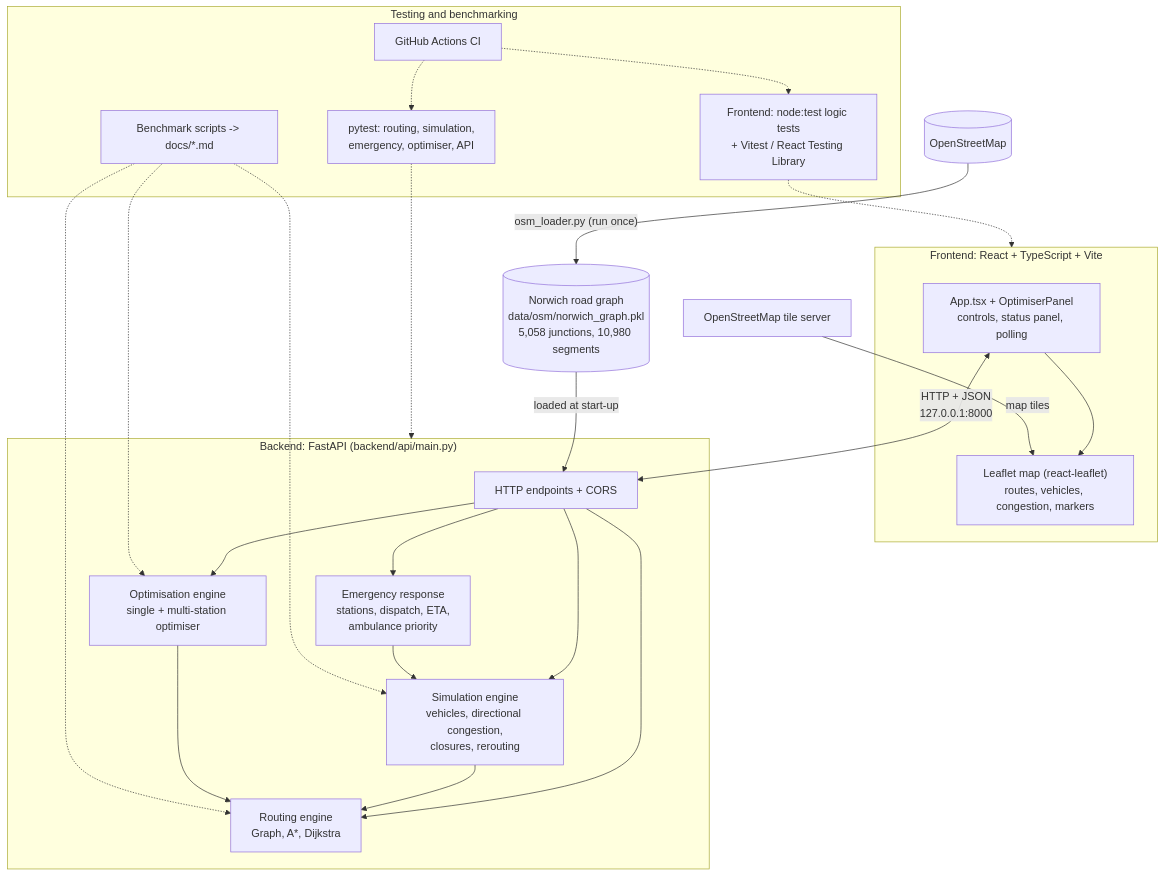
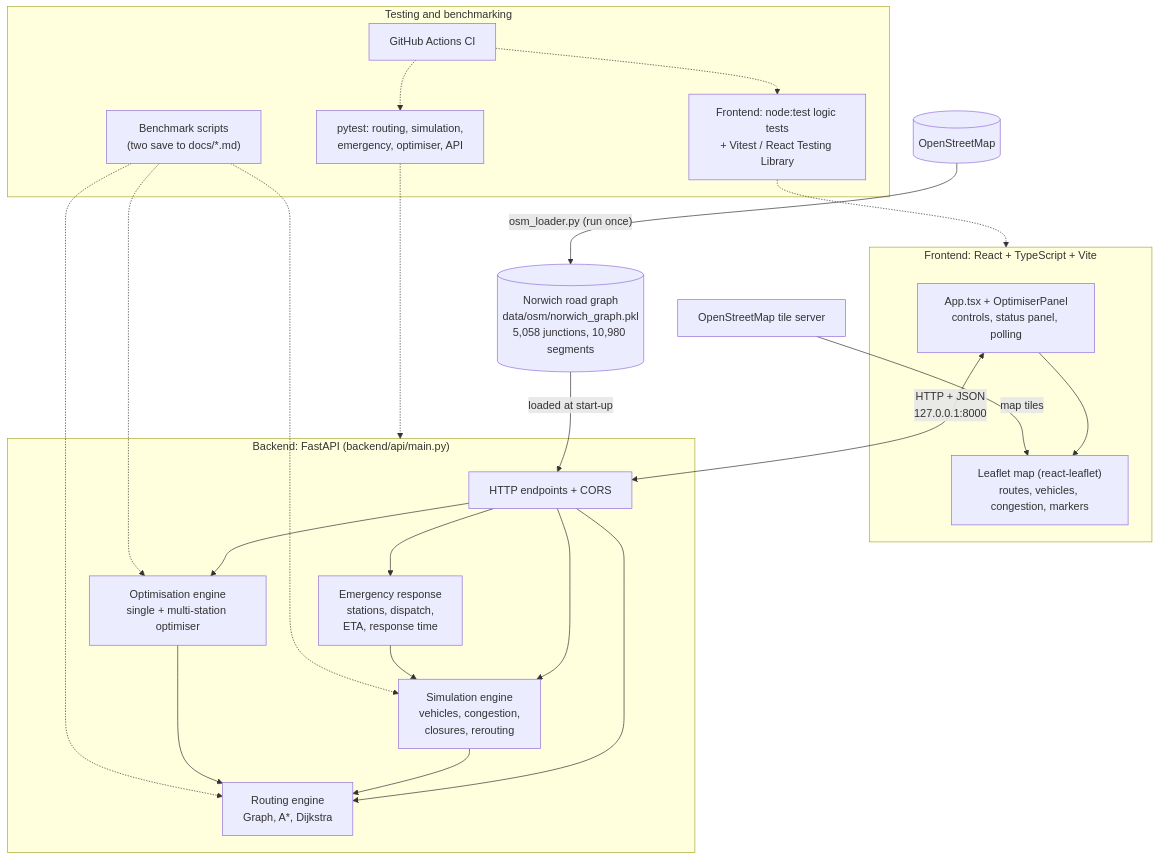
The diagram in docs/ARCHITECTURE.md (samiaa10/urban-traffic-sim), drawn with Mermaid before and after one commit. The commit also changed other lines of this file and 17 other files, not shown here.

````diff
--- a/docs/ARCHITECTURE.md
+++ b/docs/ARCHITECTURE.md
@@ -12,44 +12,44 @@
 ```mermaid
 flowchart TB
     OSM[(OpenStreetMap)] -->|"osm_loader.py (run once)"| PKL[("Norwich road graph<br/>data/osm/norwich_graph.pkl<br/>5,058 junctions, 10,980 segments")]
 
     subgraph FE["Frontend: React + TypeScript + Vite"]
         APP["App.tsx + OptimiserPanel<br/>controls, status panel, polling"]
         MAP["Leaflet map (react-leaflet)<br/>routes, vehicles, congestion, markers"]
         APP --> MAP
     end
 
     subgraph BE["Backend: FastAPI (backend/api/main.py)"]
         API["HTTP endpoints + CORS"]
         ROUTING["Routing engine<br/>Graph, A*, Dijkstra"]
-        SIM["Simulation engine<br/>vehicles, directional congestion,<br/>closures, rerouting"]
-        EMER["Emergency response<br/>stations, dispatch, ETA,<br/>ambulance priority"]
+        SIM["Simulation engine<br/>vehicles, congestion,<br/>closures, rerouting"]
+        EMER["Emergency response<br/>stations, dispatch,<br/>ETA, response time"]
         OPT["Optimisation engine<br/>single + multi-station optimiser"]
         API --> SIM
         API --> ROUTING
         API --> EMER
         API --> OPT
         SIM --> ROUTING
         EMER --> SIM
         OPT --> ROUTING
     end
 
     PKL -->|"loaded at start-up"| API
     APP <-->|"HTTP + JSON<br/>127.0.0.1:8000"| API
     TILES[OpenStreetMap tile server] -->|map tiles| MAP
 
     subgraph QA["Testing and benchmarking"]
         PYT["pytest: routing, simulation,<br/>emergency, optimiser, API"]
-        BEN["Benchmark scripts -> docs/*.md"]
+        BEN["Benchmark scripts<br/>(two save to docs/*.md)"]
         FET["Frontend: node:test logic tests<br/>+ Vitest / React Testing Library"]
         CI["GitHub Actions CI"]
     end
 
     PYT -.-> BE
     BEN -.-> ROUTING
     BEN -.-> SIM
     BEN -.-> OPT
     FET -.-> FE
     CI -.-> PYT
     CI -.-> FET
 ```
````
